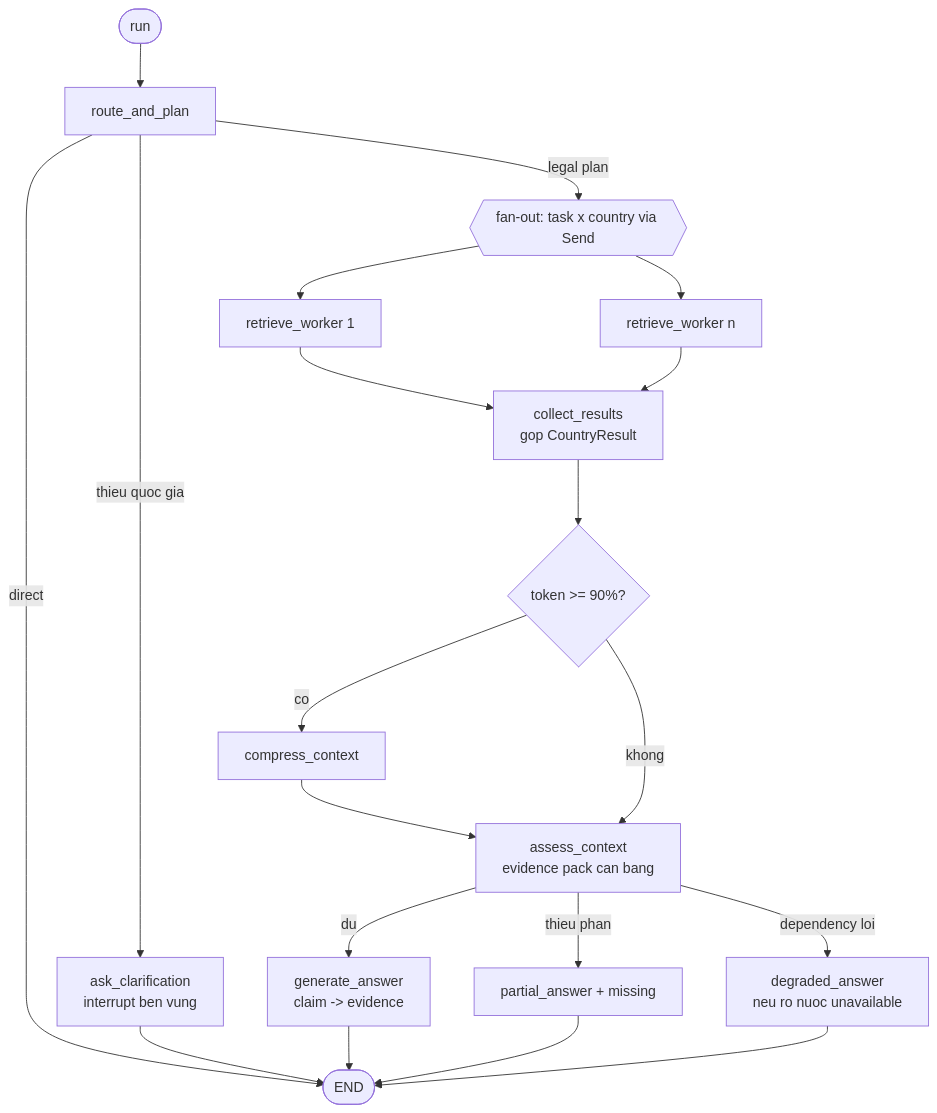
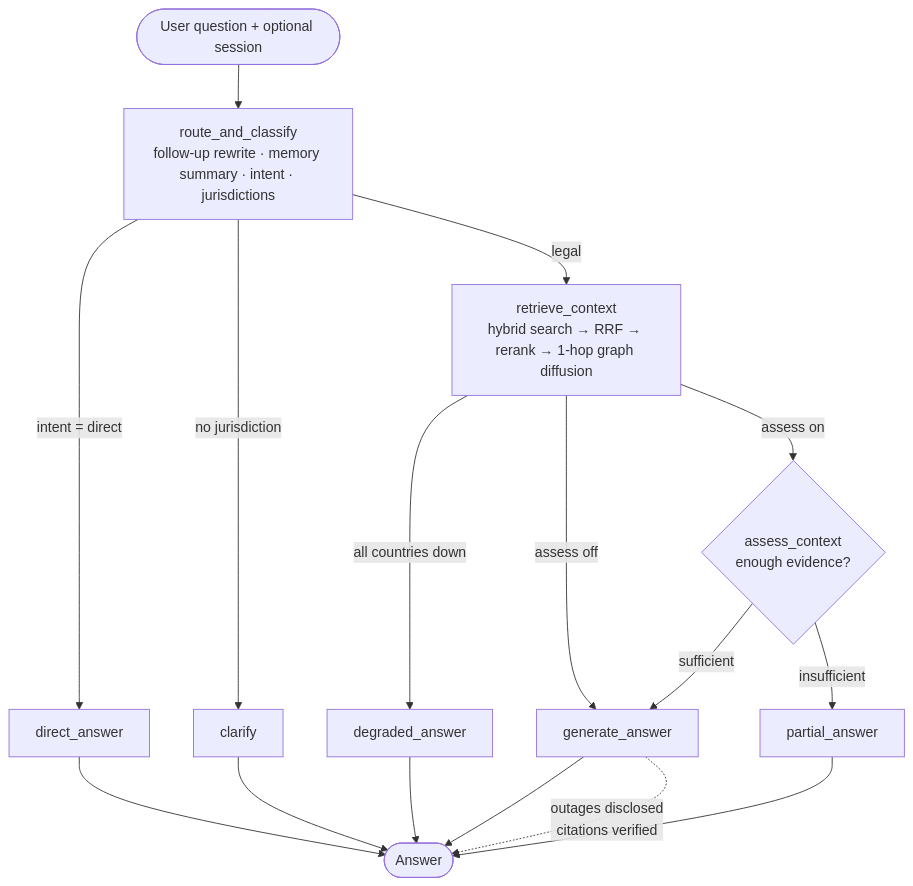
The second of 5 diagrams in README.md (haiphong-0132/temp), drawn with Mermaid before and after one commit. The commit also changed other lines of this file, not shown here.

````diff
--- a/README.md
+++ b/README.md
@@ -509,20 +80,23 @@
 ```mermaid
 flowchart TD
-  START([run]) --> ROUTE[route_and_plan]
-  ROUTE -->|direct| DONE([END])
-  ROUTE -->|thieu quoc gia| CLAR[ask_clarification<br/>interrupt ben vung] --> DONE
-  ROUTE -->|legal plan| FAN{{fan-out: task x country via Send}}
-  FAN --> W1[retrieve_worker 1]
-  FAN --> Wn[retrieve_worker n]
-  W1 --> COL[collect_results<br/>gop CountryResult]
-  Wn --> COL
-  COL --> CMP{token >= 90%?}
-  CMP -->|co| SUM[compress_context] --> ASSESS
-  CMP -->|khong| ASSESS[assess_context<br/>evidence pack can bang]
-  ASSESS -->|du| GEN[generate_answer<br/>claim -> evidence]
-  ASSESS -->|thieu phan| PART[partial_answer + missing]
-  ASSESS -->|dependency loi| DEG[degraded_answer<br/>neu ro nuoc unavailable]
-  GEN --> DONE
-  PART --> DONE
-  DEG --> DONE
+    START([User question + optional session]) --> RC[route_and_classify<br/>follow-up rewrite · memory summary · intent · jurisdictions]
+
+    RC -->|intent = direct| DA[direct_answer]
+    RC -->|no jurisdiction| CL[clarify]
+    RC -->|legal| RET[retrieve_context<br/>hybrid search → RRF → rerank → 1-hop graph diffusion]
+
+    RET -->|all countries down| DEG[degraded_answer]
+    RET -->|assess off| GEN[generate_answer]
+    RET -->|assess on| AS{assess_context<br/>enough evidence?}
+
+    AS -->|sufficient| GEN
+    AS -->|insufficient| PA[partial_answer]
+
+    DA --> E([Answer])
+    CL --> E
+    DEG --> E
+    GEN --> E
+    PA --> E
+
+    GEN -. "outages disclosed<br/>citations verified" .-> E
 ```
````
